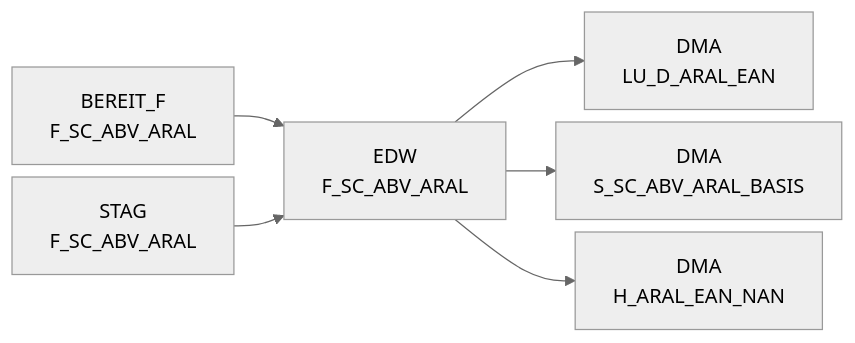
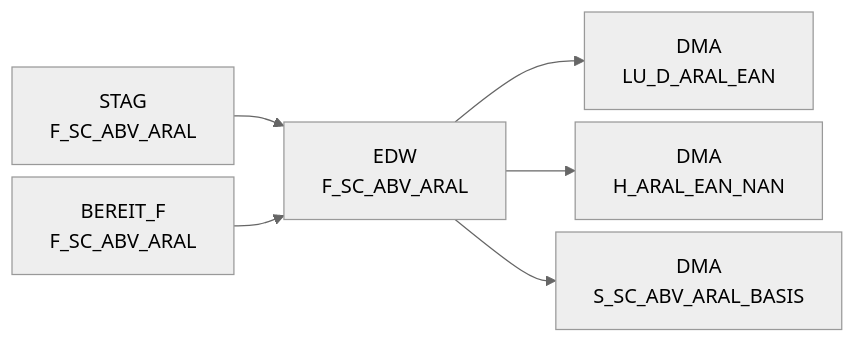
The diagram in docs/Tables/EDW/F_SC_ABV_ARAL.md (integration-factory-de/sas_code_docs), drawn with Mermaid (neutral theme) before and after one commit. The commit also changed other lines of this file and 129 other files, not shown here.

````diff
--- a/docs/Tables/EDW/F_SC_ABV_ARAL.md
+++ b/docs/Tables/EDW/F_SC_ABV_ARAL.md
@@ -9,21 +13,21 @@
 ```mermaid
 %%{init: {'flowchart': { 'nodeSpacing': 10, 'rankSpacing': 40, 'rankdir': 'TB' }}}%%
 
 flowchart LR
 
-  BEREIT_F.F_SC_ABV_ARAL["BEREIT_F<br/>F_SC_ABV_ARAL"] --> EDW.F_SC_ABV_ARAL["EDW<br/>F_SC_ABV_ARAL"]
   STAG.F_SC_ABV_ARAL["STAG<br/>F_SC_ABV_ARAL"] --> EDW.F_SC_ABV_ARAL["EDW<br/>F_SC_ABV_ARAL"]
   EDW.F_SC_ABV_ARAL["EDW<br/>F_SC_ABV_ARAL"] --> DMA.LU_D_ARAL_EAN["DMA<br/>LU_D_ARAL_EAN"]
+  EDW.F_SC_ABV_ARAL["EDW<br/>F_SC_ABV_ARAL"] --> DMA.H_ARAL_EAN_NAN["DMA<br/>H_ARAL_EAN_NAN"]
+  BEREIT_F.F_SC_ABV_ARAL["BEREIT_F<br/>F_SC_ABV_ARAL"] --> EDW.F_SC_ABV_ARAL["EDW<br/>F_SC_ABV_ARAL"]
   EDW.F_SC_ABV_ARAL["EDW<br/>F_SC_ABV_ARAL"] --> DMA.S_SC_ABV_ARAL_BASIS["DMA<br/>S_SC_ABV_ARAL_BASIS"]
-  EDW.F_SC_ABV_ARAL["EDW<br/>F_SC_ABV_ARAL"] --> DMA.H_ARAL_EAN_NAN["DMA<br/>H_ARAL_EAN_NAN"]
-  click BEREIT_F.F_SC_ABV_ARAL "../../tables/BEREIT_F/F_SC_ABV_ARAL"
   click STAG.F_SC_ABV_ARAL "../../tables/STAG/F_SC_ABV_ARAL"
   click EDW.F_SC_ABV_ARAL "../../tables/EDW/F_SC_ABV_ARAL"
   click EDW.F_SC_ABV_ARAL "../../tables/EDW/F_SC_ABV_ARAL"
-  click EDW.F_SC_ABV_ARAL "../../tables/EDW/F_SC_ABV_ARAL"
+  click BEREIT_F.F_SC_ABV_ARAL "../../tables/BEREIT_F/F_SC_ABV_ARAL"
   click EDW.F_SC_ABV_ARAL "../../tables/EDW/F_SC_ABV_ARAL"
   click EDW.F_SC_ABV_ARAL "../../tables/EDW/F_SC_ABV_ARAL"
   click DMA.LU_D_ARAL_EAN "../../tables/DMA/LU_D_ARAL_EAN"
+  click DMA.H_ARAL_EAN_NAN "../../tables/DMA/H_ARAL_EAN_NAN"
+  click EDW.F_SC_ABV_ARAL "../../tables/EDW/F_SC_ABV_ARAL"
   click DMA.S_SC_ABV_ARAL_BASIS "../../tables/DMA/S_SC_ABV_ARAL_BASIS"
-  click DMA.H_ARAL_EAN_NAN "../../tables/DMA/H_ARAL_EAN_NAN"
 ```
````
